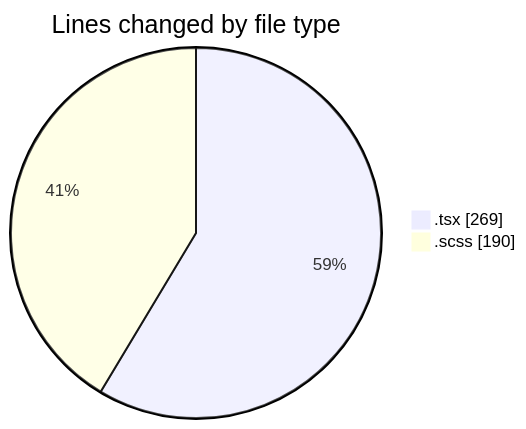
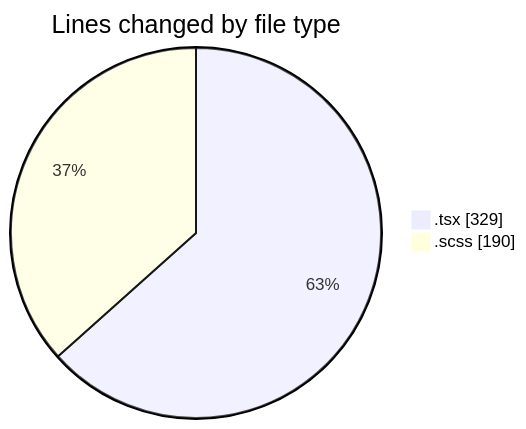
Before and after one commit to momahboobian/code-tracking: the first of 2 diagrams in 2026-04-10/cda/README.md, drawn with Mermaid. The commit also changed other lines of this file and 1 other file, not shown here.

````diff
--- a/2026-04-10/cda/README.md
+++ b/2026-04-10/cda/README.md
@@ -22,6 +23,6 @@
 ```mermaid
 pie showData
 title Lines changed by file type
-".tsx" : 269
+".tsx" : 329
 ".scss" : 190
 ```
````
